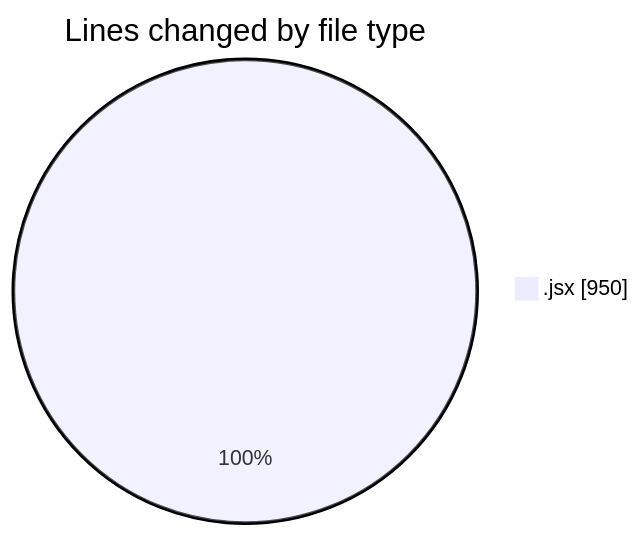
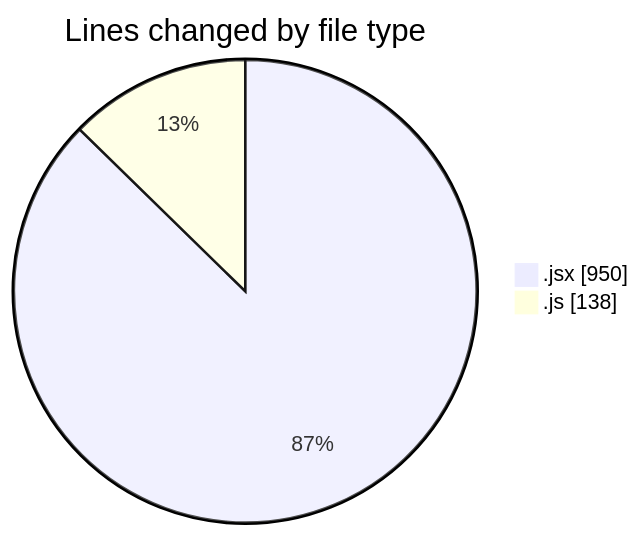
The first of 2 diagrams in 2025-06-30/argos/README.md (nxtqubesakshisongat/code-tracking), drawn with Mermaid before and after one commit. The commit also changed other lines of this file and 1 other file, not shown here.

````diff
--- a/2025-06-30/argos/README.md
+++ b/2025-06-30/argos/README.md
@@ -22,5 +23,6 @@
 ```mermaid
 pie showData
 title Lines changed by file type
 ".jsx" : 950
+".js" : 138
 ```
````
